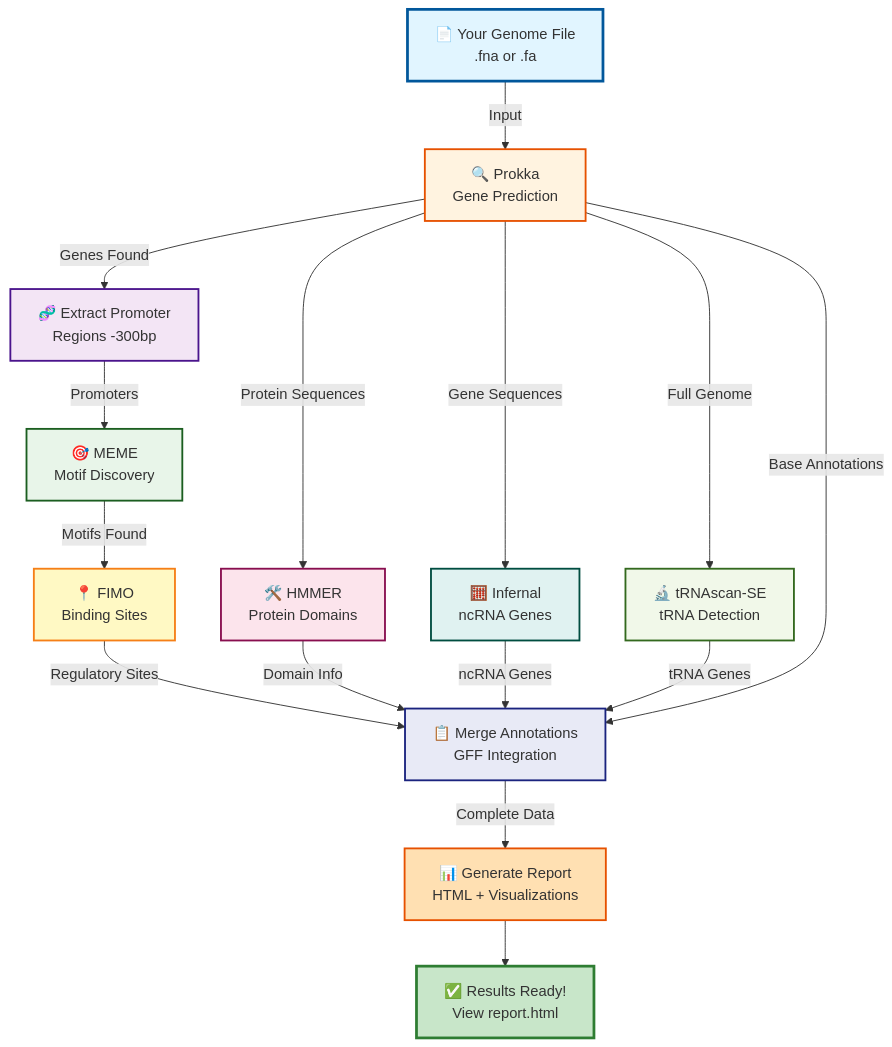
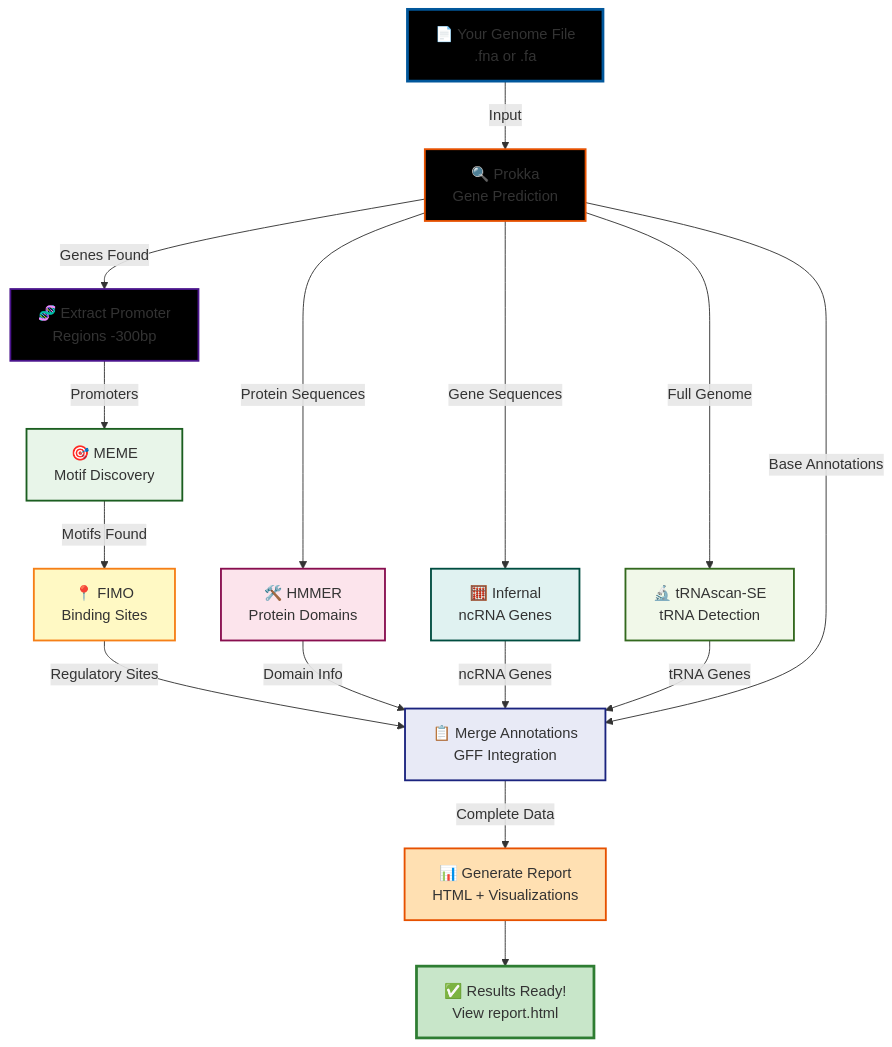
One commit to Bharat-Genome-Database-BGDB/CoGe_Pipeline changed the diagram in group 7/README.md. Above: the diagram before and after it, drawn with Mermaid.

Commit message:
Change styles to use black fill for nodes A, B, C

````diff
--- a/group 7/README.md
+++ b/group 7/README.md
@@ -301,33 +301,33 @@
 ```mermaid
 graph TB
     A[📄 Your Genome File<br/>.fna or .fa] -->|Input| B[🔍 Prokka<br/>Gene Prediction]
     
     B -->|Genes Found| C[🧬 Extract Promoter<br/>Regions -300bp]
     B -->|Protein Sequences| F[🛠️ HMMER<br/>Protein Domains]
     B -->|Gene Sequences| G[🧮 Infernal<br/>ncRNA Genes]
     B -->|Full Genome| H[🔬 tRNAscan-SE<br/>tRNA Detection]
     
     C -->|Promoters| D[🎯 MEME<br/>Motif Discovery]
     D -->|Motifs Found| E[📍 FIMO<br/>Binding Sites]
     
     E -->|Regulatory Sites| I[📋 Merge Annotations<br/>GFF Integration]
     F -->|Domain Info| I
     G -->|ncRNA Genes| I
     H -->|tRNA Genes| I
     B -->|Base Annotations| I
     
     I -->|Complete Data| J[📊 Generate Report<br/>HTML + Visualizations]
     J --> K[✅ Results Ready!<br/>View report.html]
     
-    style A fill:#e1f5ff,stroke:#01579b,stroke-width:3px
-    style B fill:#fff3e0,stroke:#e65100,stroke-width:2px
-    style C fill:#f3e5f5,stroke:#4a148c,stroke-width:2px
+    style A fill:#000000,stroke:#01579b,stroke-width:3px
+    style B fill:#000000,stroke:#e65100,stroke-width:2px
+    style C fill:#000000,stroke:#4a148c,stroke-width:2px
     style D fill:#e8f5e9,stroke:#1b5e20,stroke-width:2px
     style E fill:#fff9c4,stroke:#f57f17,stroke-width:2px
     style F fill:#fce4ec,stroke:#880e4f,stroke-width:2px
     style G fill:#e0f2f1,stroke:#004d40,stroke-width:2px
     style H fill:#f1f8e9,stroke:#33691e,stroke-width:2px
     style I fill:#e8eaf6,stroke:#1a237e,stroke-width:2px
     style J fill:#ffe0b2,stroke:#e65100,stroke-width:2px
     style K fill:#c8e6c9,stroke:#2e7d32,stroke-width:3px
 ```
````
